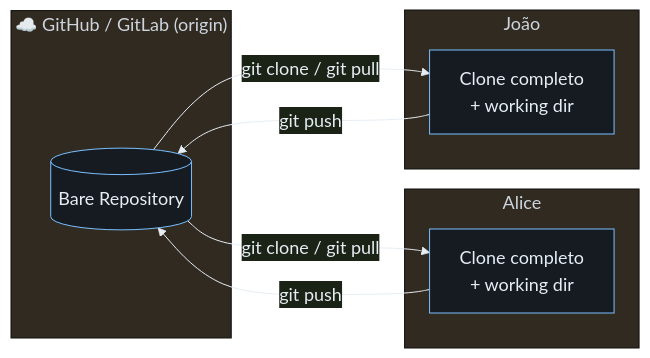
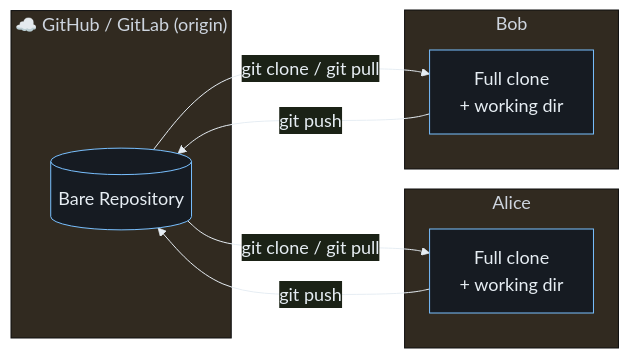
One commit to jcorteslinkare/gitops changed the third of 5 diagrams in SLIDES.md. Above: the diagram before and after it, drawn with Mermaid. The commit also changed other lines of this file, not shown here.

````diff
--- a/SLIDES.md
+++ b/SLIDES.md
@@ -242,17 +242,17 @@
 ```mermaid
 %%{init: {"theme":"base", "themeVariables": {"primaryColor":"#161b22","primaryTextColor":"#e6edf3","primaryBorderColor":"#79c0ff","lineColor":"#e6edf3","fontSize":"18px"}}}%%
 flowchart LR
   subgraph Server ["☁️ GitHub / GitLab (origin)"]
     R[(Bare Repository)]
   end
   subgraph Alice
-    A[Clone completo\n+ working dir]
+    A[Full clone\n+ working dir]
   end
-  subgraph João
-    J[Clone completo\n+ working dir]
+  subgraph Bob
+    J[Full clone\n+ working dir]
   end
   R -- "git clone / git pull" --> A
   R -- "git clone / git pull" --> J
   A -- "git push" --> R
   J -- "git push" --> R
 ```
````
